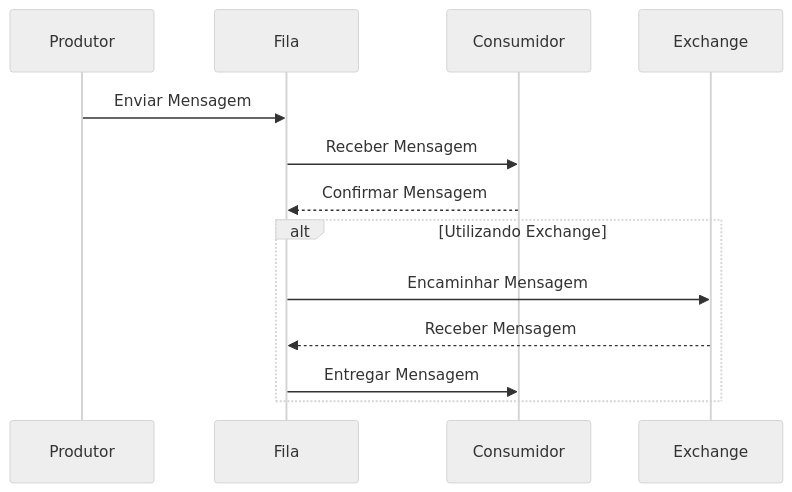
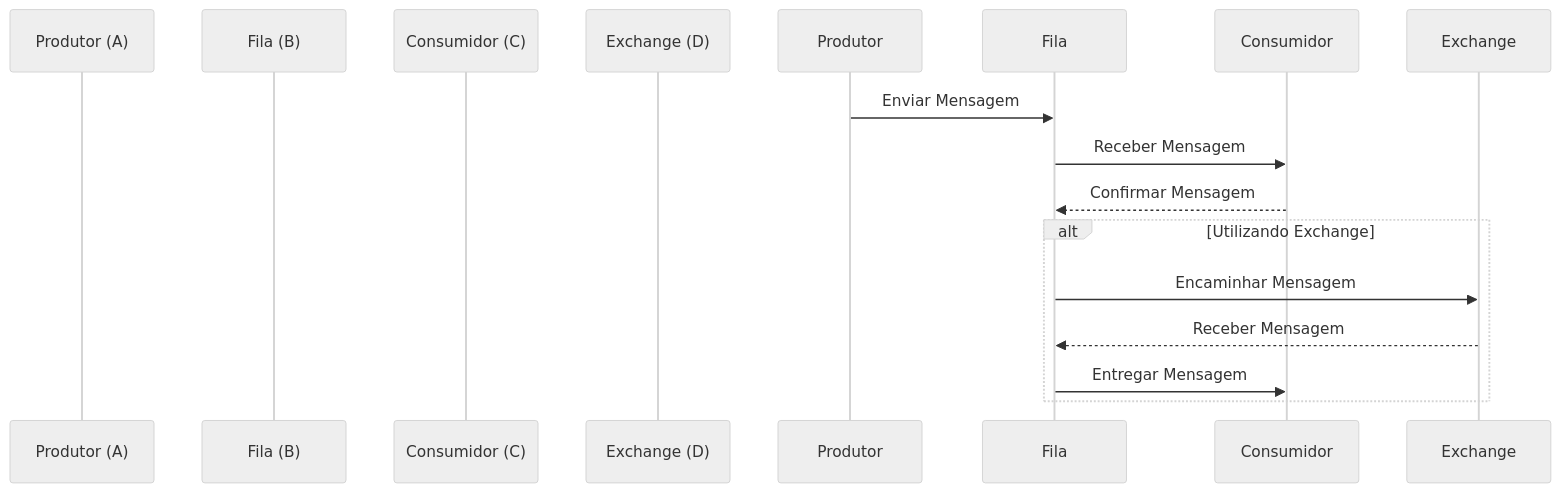
The diagram in docs/rabbit.md (Denis-Zickuhr/85ESE-RabbitMQ), drawn with Mermaid (neutral theme) before and after one commit.

Commit message:
docs: update rabbit.md information

````diff
--- a/docs/rabbit.md
+++ b/docs/rabbit.md
@@ -17,16 +17,16 @@
 ```mermaid
 sequenceDiagram
-    participant Produtor
-    participant Fila
-    participant Consumidor
-    participant Exchange
+    participant Produtor (A)
+    participant Fila (B)
+    participant Consumidor (C)
+    participant Exchange (D)
 
     Produtor->>Fila: Enviar Mensagem
     Fila->>Consumidor: Receber Mensagem
     Consumidor-->>Fila: Confirmar Mensagem
     alt Utilizando Exchange
         Fila->>Exchange: Encaminhar Mensagem
         Exchange-->>Fila: Receber Mensagem
         Fila->>Consumidor: Entregar Mensagem
     end
 ```
````
